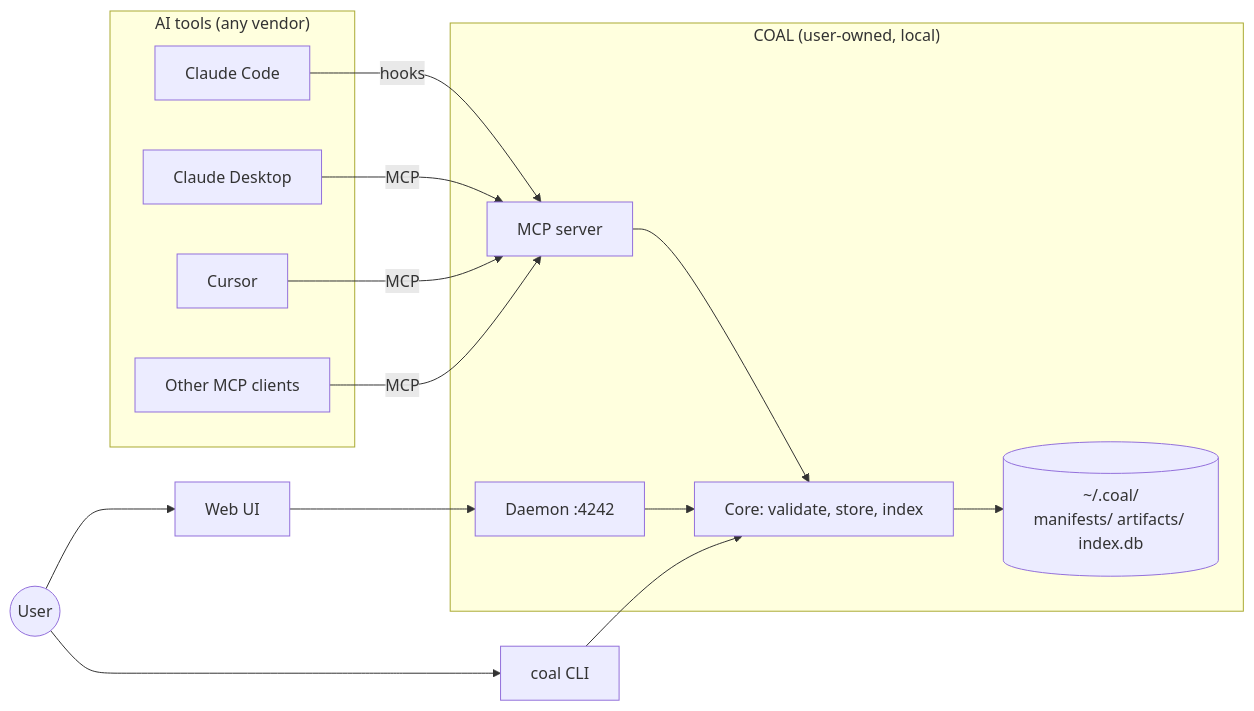
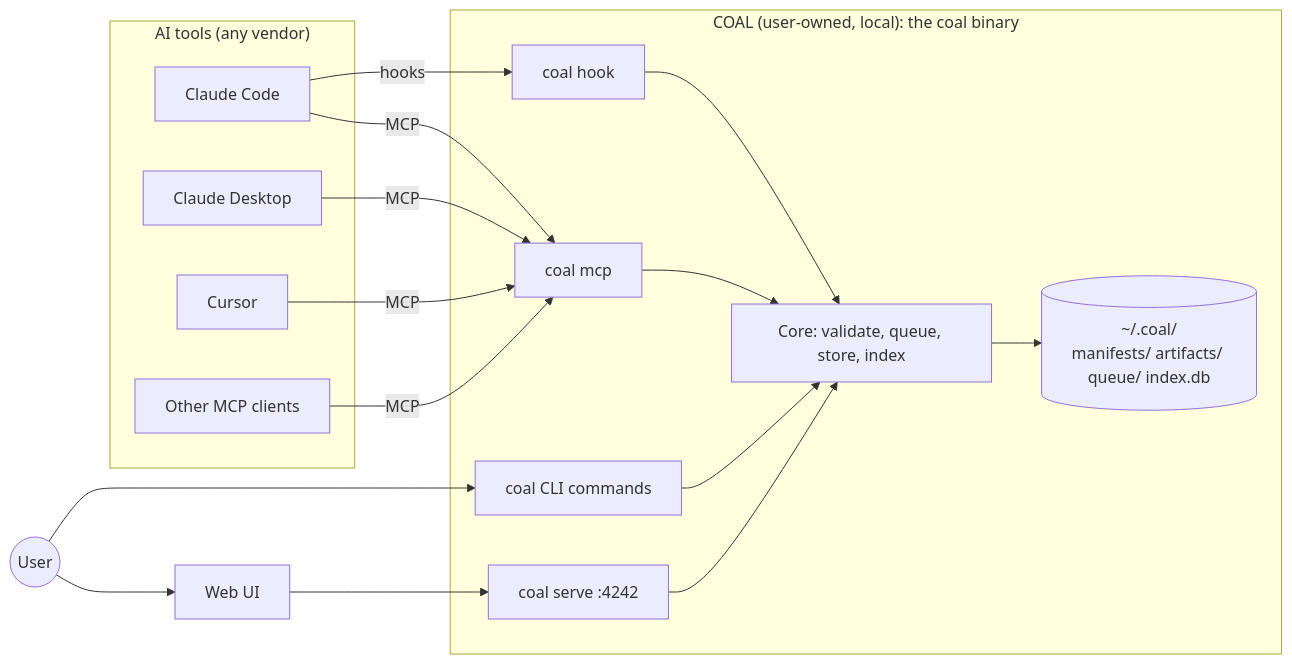
One commit to calebtonn/coal changed the first of 7 diagrams in docs/03-ARCHITECTURE.md. Above: the diagram before and after it, drawn with Mermaid. The commit also changed other lines of this file and 13 other files, not shown here.

````diff
--- a/docs/03-ARCHITECTURE.md
+++ b/docs/03-ARCHITECTURE.md
@@ -5,32 +5,35 @@
 ```mermaid
 flowchart LR
     subgraph tools["AI tools (any vendor)"]
         CC[Claude Code]
         CD[Claude Desktop]
         CU[Cursor]
         OT[Other MCP clients]
     end
 
-    subgraph coal["COAL (user-owned, local)"]
-        MCP[MCP server]
-        D[Daemon :4242]
-        CORE[Core: validate, store, index]
-        FS[(~/.coal/<br/>manifests/ artifacts/ index.db)]
+    subgraph coal["COAL (user-owned, local): the coal binary"]
+        HOOK[coal hook]
+        MCP[coal mcp]
+        D[coal serve :4242]
+        CLI[coal CLI commands]
+        CORE[Core: validate, queue, store, index]
+        FS[(~/.coal/<br/>manifests/ artifacts/ queue/ index.db)]
     end
 
-    CLI[coal CLI]
     WEB[Web UI]
     U((User))
 
-    CC -- hooks --> MCP
+    CC -- hooks --> HOOK
+    CC -- MCP --> MCP
     CD -- MCP --> MCP
     CU -- MCP --> MCP
     OT -- MCP --> MCP
+    HOOK --> CORE
     MCP --> CORE
     CLI --> CORE
     WEB --> D
     D --> CORE
     CORE --> FS
     U --> CLI
     U --> WEB
 ```
````
